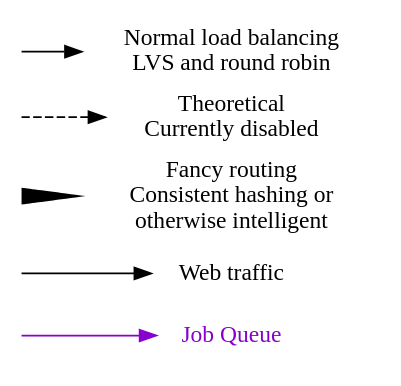
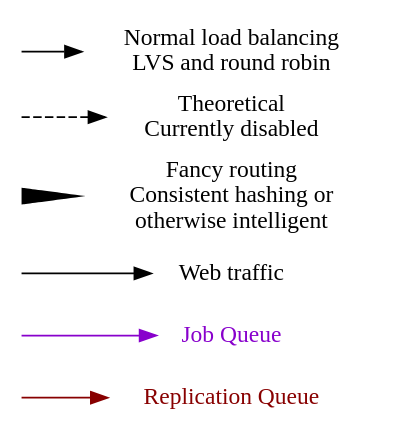
Before and after one commit to nik9000/wikimedia_diagram: the diagram in key.dot, drawn with Graphviz. The commit also changed 3 other files, not shown here.

```diff
--- a/key.dot
+++ b/key.dot
@@ -1,20 +1,23 @@
 digraph key {
   nodesep=0.01;
   rankdir="LR";
   node [style=invis, shape=none, fixedsize=true, width=0, label=""];
 
+  replication_color_from -> replication_color [color="#880000"];
+  replication_color [style=solid, fixedsize=false, label="Replication Queue", fontcolor="#880000"];
+
   job_color_from -> job_color [color="#8800cc"];
-  job_color [style=solid, fixedsize=false, label="Job Queue", fontcolor="#8800cc"]
+  job_color [style=solid, fixedsize=false, label="Job Queue", fontcolor="#8800cc"];
 
   web_color_from -> web_color;
-  web_color [style=solid, fixedsize=false, label="Web traffic"]
+  web_color [style=solid, fixedsize=false, label="Web traffic"];
 
   fancy_from -> fancy [style=tapered, penwidth=10, arrowhead=none];
-  fancy [style=solid, fixedsize=false, label="Fancy routing\nConsistent hashing or\notherwise intelligent"]
+  fancy [style=solid, fixedsize=false, label="Fancy routing\nConsistent hashing or\notherwise intelligent"];
 
   disabled_from -> disabled [style=dashed];
-  disabled [style=solid, fixedsize=false, label="Theoretical\nCurrently disabled"]
+  disabled [style=solid, fixedsize=false, label="Theoretical\nCurrently disabled"];
 
   noraml_from -> normal;
-  normal [style=solid, fixedsize=false, label="Normal load balancing\nLVS and round robin"]
+  normal [style=solid, fixedsize=false, label="Normal load balancing\nLVS and round robin"];
 }
```
